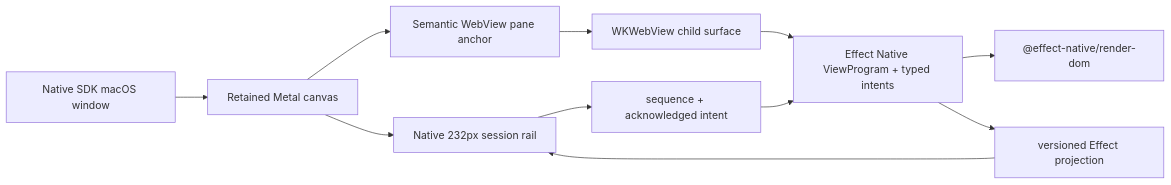
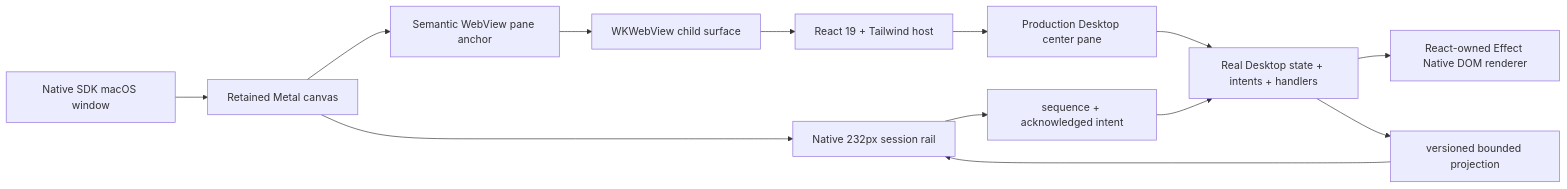
The first of 2 diagrams in docs/sol/2026-07-14-vercel-native-sdk-effect-native-desktop-audit.md (OpenAgentsInc/openagents), drawn with Mermaid before and after one commit. The commit also changed other lines of this file and 26 other files, not shown here.

Commit message:
feat: host real Desktop pane in Native SDK

````diff
--- a/docs/sol/2026-07-14-vercel-native-sdk-effect-native-desktop-audit.md
+++ b/docs/sol/2026-07-14-vercel-native-sdk-effect-native-desktop-audit.md
@@ -81,13 +84,15 @@
 ```mermaid
 flowchart LR
   NS["Native SDK macOS window"] --> Canvas["Retained Metal canvas"]
   Canvas --> Chrome["Native 232px session rail"]
   Canvas --> Anchor["Semantic WebView pane anchor"]
   Anchor --> WV["WKWebView child surface"]
-  WV --> EN["Effect Native ViewProgram + typed intents"]
-  EN --> DOM["@effect-native/render-dom"]
+  WV --> React["React 19 + Tailwind host"]
+  React --> EN["Production Desktop center pane"]
+  EN --> Program["Real Desktop state + intents + handlers"]
+  Program --> DOM["React-owned Effect Native DOM renderer"]
   Chrome --> Pull["sequence + acknowledged intent"]
-  Pull --> EN
-  EN --> Projection["versioned Effect projection"]
+  Pull --> Program
+  Program --> Projection["versioned bounded projection"]
   Projection --> Chrome
 ```
````
